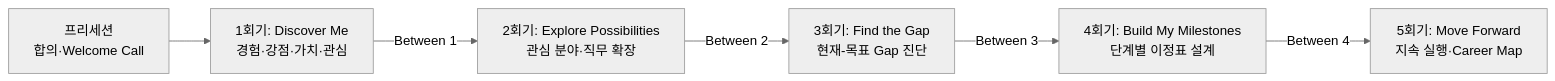
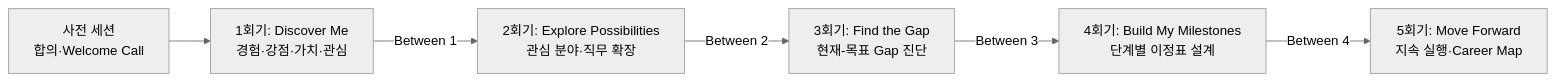
One commit to greeme99/SCC-Dream-Milestone changed the diagram in Dream_Milestone_Program_Guide.md. Above: the diagram before and after it, drawn with Mermaid (neutral theme). The commit also changed other lines of this file and 22 other files, not shown here.

````diff
--- a/Dream_Milestone_Program_Guide.md
+++ b/Dream_Milestone_Program_Guide.md
@@ -44,8 +44,8 @@
 ```mermaid
 flowchart LR
-    P["프리세션<br/>합의·Welcome Call"] --> S1["1회기: Discover Me<br/>경험·강점·가치·관심"]
+    P["사전 세션<br/>합의·Welcome Call"] --> S1["1회기: Discover Me<br/>경험·강점·가치·관심"]
     S1 -->|Between 1| S2["2회기: Explore Possibilities<br/>관심 분야·직무 확장"]
     S2 -->|Between 2| S3["3회기: Find the Gap<br/>현재-목표 Gap 진단"]
     S3 -->|Between 3| S4["4회기: Build My Milestones<br/>단계별 이정표 설계"]
     S4 -->|Between 4| S5["5회기: Move Forward<br/>지속 실행·Career Map"]
 ```
````
